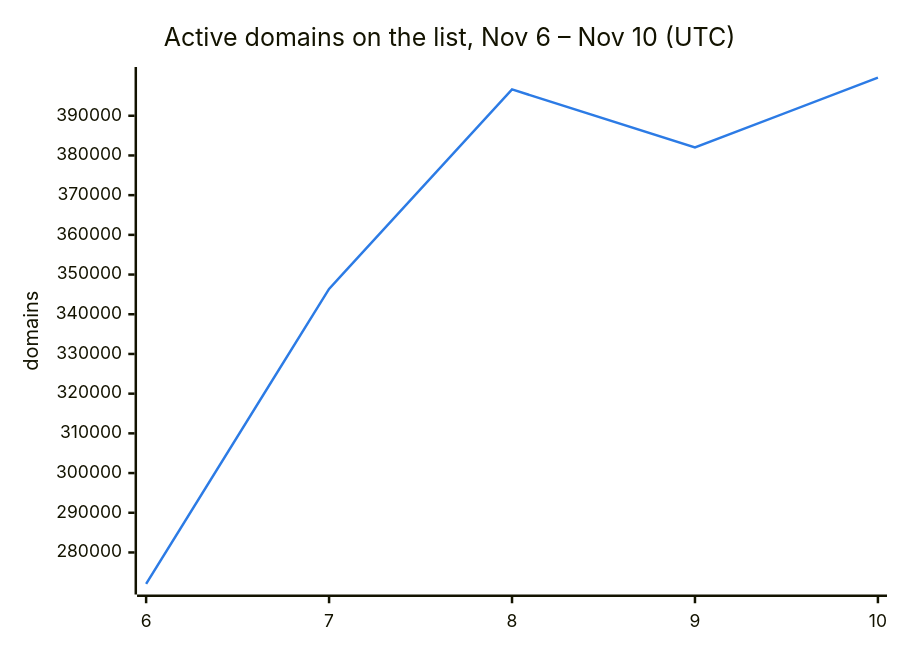
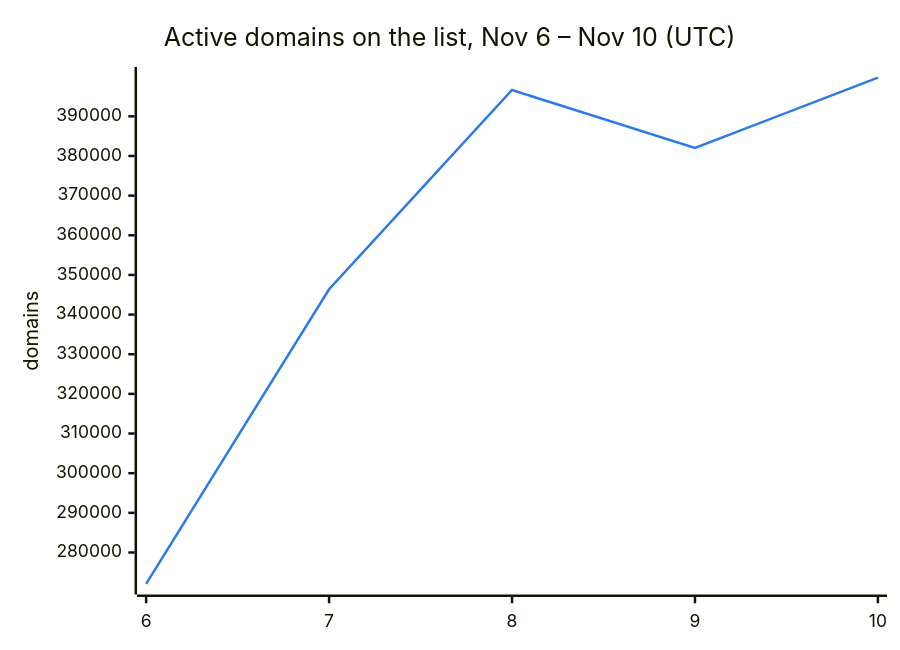
Before and after one commit to DNSBunker/CTI: the second of 3 diagrams in README.md, drawn with Mermaid. The commit also changed other lines of this file and 3 other files, not shown here.

````diff
--- a/README.md
+++ b/README.md
@@ -38,8 +38,8 @@
 ```mermaid
 %%{init: {"themeVariables": {"xyChart": {"plotColorPalette": "#2c7be5"}}}}%%
 xychart-beta
     title "Active domains on the list, Nov 6 – Nov 10 (UTC)"
     x-axis ["6", "7", "8", "9", "10"]
     y-axis "domains"
-    line [272088, 346388, 396638, 382009, 399604]
+    line [272088, 346388, 396638, 382009, 399759]
 ```
````
